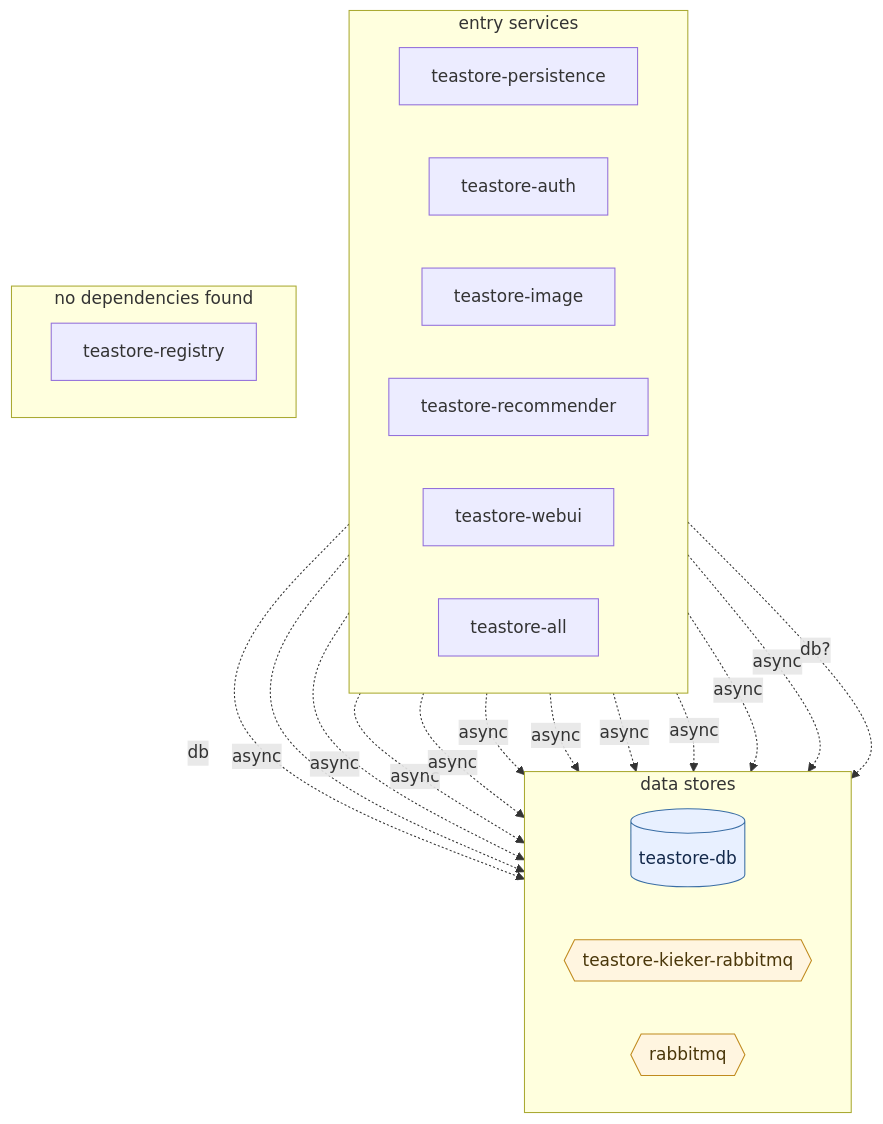
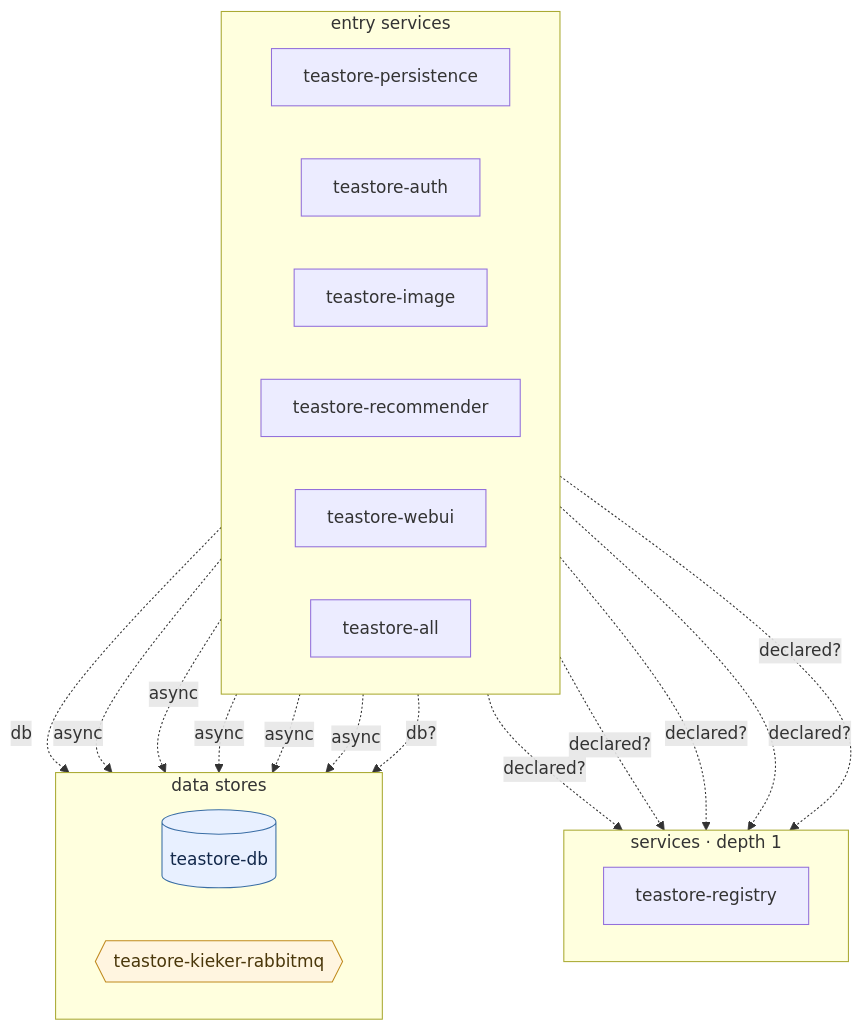
Before and after one commit to ANYuu531/ChatOps4Msa-Pipeline: the diagram in docs/generalization/teastore.mmd, drawn with Mermaid. The commit also changed 23 other files, not shown here.

```diff
--- a/docs/generalization/teastore.mmd
+++ b/docs/generalization/teastore.mmd
@@ -1,37 +1,36 @@
 flowchart TB
 %% DepWeaver — microservice dependency graph
 %% solid arrow = observed at runtime (Istio) · dashed = declared in code/doc only
 %% node shape: [service] ([gateway]) [(db)] {{queue}} [/external/]
   subgraph layer0 ["entry services"]
     direction LR
     teastore_persistence["teastore-persistence"]
     teastore_auth["teastore-auth"]
     teastore_image["teastore-image"]
     teastore_recommender["teastore-recommender"]
     teastore_webui["teastore-webui"]
     teastore_all["teastore-all"]
   end
-  subgraph layer1 ["data stores"]
+  subgraph layer1 ["services · depth 1"]
+    direction LR
+    teastore_registry["teastore-registry"]
+  end
+  subgraph layer2 ["data stores"]
     direction LR
     teastore_db[("teastore-db")]:::db
     teastore_kieker_rabbitmq{{"teastore-kieker-rabbitmq"}}:::queue
-    rabbitmq{{"rabbitmq"}}:::queue
   end
-  subgraph layer2 ["no dependencies found"]
-    direction LR
-    teastore_registry["teastore-registry"]
-  end
+  teastore_persistence -. declared? .-> teastore_registry
   teastore_persistence -. db .-> teastore_db
-  teastore_persistence -. async .-> rabbitmq
-  teastore_auth -. async .-> rabbitmq
-  teastore_image -. async .-> rabbitmq
-  teastore_recommender -. async .-> rabbitmq
-  teastore_webui -. async .-> rabbitmq
+  teastore_auth -. declared? .-> teastore_registry
+  teastore_image -. declared? .-> teastore_registry
+  teastore_recommender -. declared? .-> teastore_registry
+  teastore_webui -. declared? .-> teastore_registry
   teastore_persistence -. async .-> teastore_kieker_rabbitmq
   teastore_auth -. async .-> teastore_kieker_rabbitmq
   teastore_image -. async .-> teastore_kieker_rabbitmq
   teastore_recommender -. async .-> teastore_kieker_rabbitmq
   teastore_webui -. async .-> teastore_kieker_rabbitmq
   teastore_all -. db? .-> teastore_db
 classDef db fill:#e8f0ff,stroke:#3a6ea5,color:#13294b;
 classDef queue fill:#fff5e0,stroke:#c08a1e,color:#4a370a;
```
